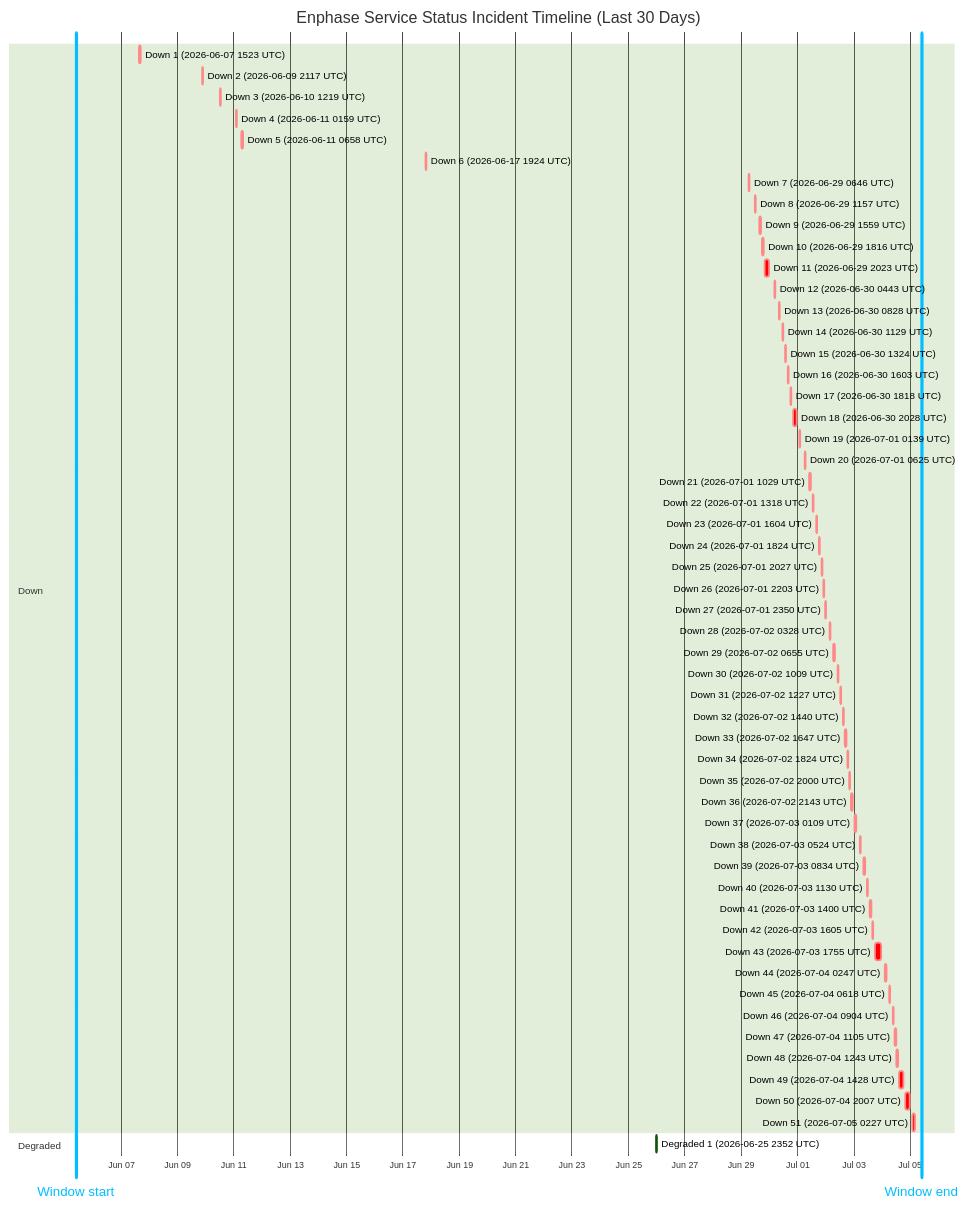
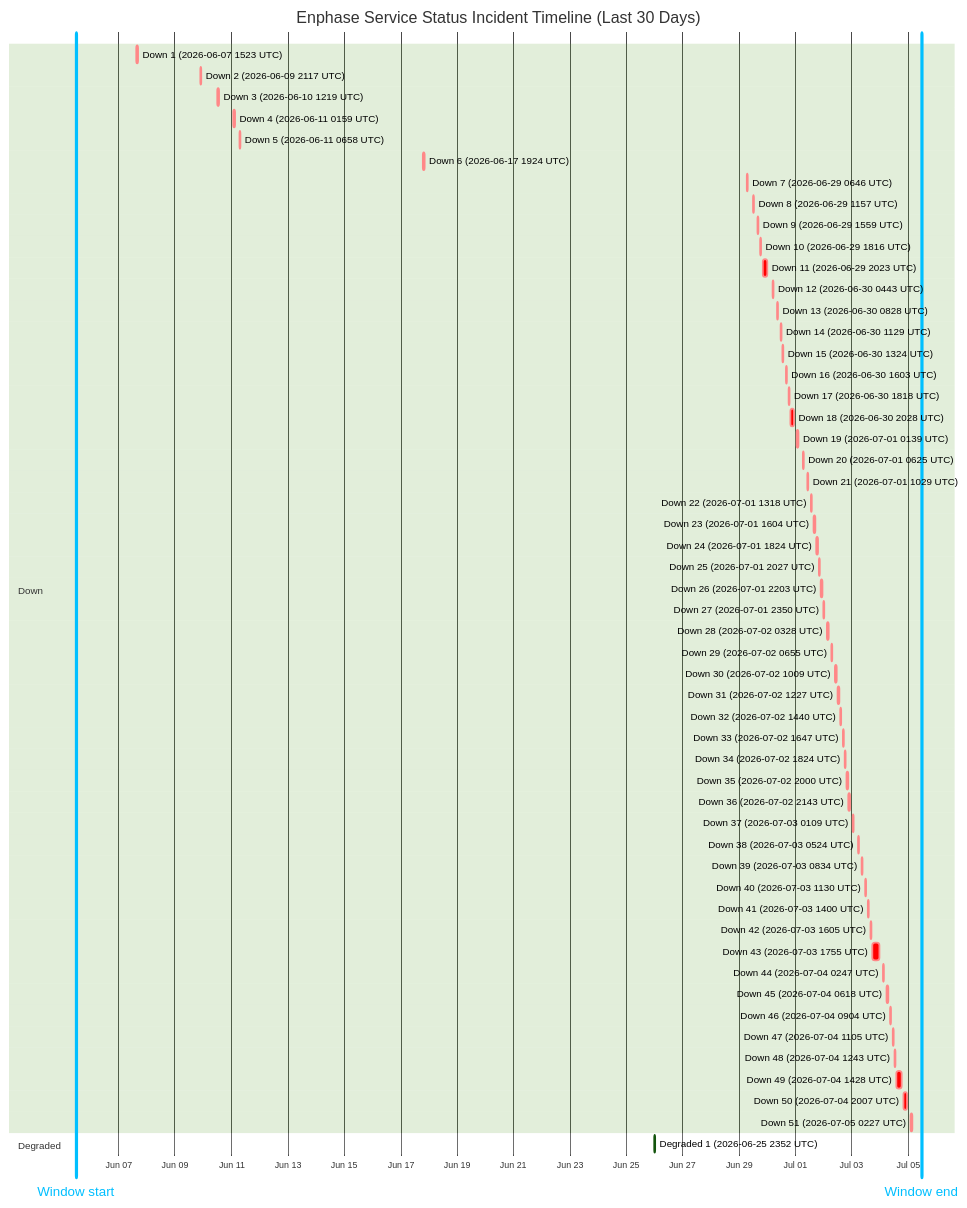
One commit to barneyonline/ha-enphase-energy changed the diagram in wiki/Service-Status-History.md. Above: the diagram before and after it, drawn with Mermaid (forest theme). The commit also changed other lines of this file and 3 other files, not shown here.

````diff
--- a/wiki/Service-Status-History.md
+++ b/wiki/Service-Status-History.md
@@ -14,62 +14,62 @@
 ```mermaid
 gantt
     title Enphase Service Status Incident Timeline (Last 30 Days)
     dateFormat  YYYY-MM-DDTHH:mm:ss
     axisFormat  %b %d
-    Window start :vert, window-start, 2026-06-05T09:41:12, 0ms
-    Window end :vert, window-end, 2026-07-05T09:41:12, 0ms
+    Window start :vert, window-start, 2026-06-05T11:30:55, 0ms
+    Window end :vert, window-end, 2026-07-05T11:30:55, 0ms
     section Down
     Down 1 (2026-06-07 1523 UTC) :crit, down-1, 2026-06-07T15:23:22, 87m
     Down 2 (2026-06-09 2117 UTC) :crit, down-2, 2026-06-09T21:17:17, 60m
     Down 3 (2026-06-10 1219 UTC) :crit, down-3, 2026-06-10T12:19:21, 60m
     Down 4 (2026-06-11 0159 UTC) :crit, down-4, 2026-06-11T01:59:36, 60m
     Down 5 (2026-06-11 0658 UTC) :crit, down-5, 2026-06-11T06:58:45, 60m
     Down 6 (2026-06-17 1924 UTC) :crit, down-6, 2026-06-17T19:24:51, 60m
     Down 7 (2026-06-29 0646 UTC) :crit, down-7, 2026-06-29T06:46:18, 60m
     Down 8 (2026-06-29 1157 UTC) :crit, down-8, 2026-06-29T11:57:36, 60m
     Down 9 (2026-06-29 1559 UTC) :crit, down-9, 2026-06-29T15:59:02, 60m
     Down 10 (2026-06-29 1816 UTC) :crit, down-10, 2026-06-29T18:16:38, 60m
     Down 11 (2026-06-29 2023 UTC) :crit, down-11, 2026-06-29T20:23:16, 220m
     Down 12 (2026-06-30 0443 UTC) :crit, down-12, 2026-06-30T04:43:54, 60m
     Down 13 (2026-06-30 0828 UTC) :crit, down-13, 2026-06-30T08:28:43, 60m
     Down 14 (2026-06-30 1129 UTC) :crit, down-14, 2026-06-30T11:29:15, 60m
     Down 15 (2026-06-30 1324 UTC) :crit, down-15, 2026-06-30T13:24:25, 60m
     Down 16 (2026-06-30 1603 UTC) :crit, down-16, 2026-06-30T16:03:26, 60m
     Down 17 (2026-06-30 1818 UTC) :crit, down-17, 2026-06-30T18:18:39, 60m
     Down 18 (2026-06-30 2028 UTC) :crit, down-18, 2026-06-30T20:28:54, 171m
     Down 19 (2026-07-01 0139 UTC) :crit, down-19, 2026-07-01T01:39:18, 60m
     Down 20 (2026-07-01 0625 UTC) :crit, down-20, 2026-07-01T06:25:35, 60m
     Down 21 (2026-07-01 1029 UTC) :crit, down-21, 2026-07-01T10:29:24, 60m
     Down 22 (2026-07-01 1318 UTC) :crit, down-22, 2026-07-01T13:18:31, 60m
     Down 23 (2026-07-01 1604 UTC) :crit, down-23, 2026-07-01T16:04:29, 60m
     Down 24 (2026-07-01 1824 UTC) :crit, down-24, 2026-07-01T18:24:21, 60m
     Down 25 (2026-07-01 2027 UTC) :crit, down-25, 2026-07-01T20:27:17, 60m
     Down 26 (2026-07-01 2203 UTC) :crit, down-26, 2026-07-01T22:03:46, 60m
     Down 27 (2026-07-01 2350 UTC) :crit, down-27, 2026-07-01T23:50:52, 60m
     Down 28 (2026-07-02 0328 UTC) :crit, down-28, 2026-07-02T03:28:33, 60m
     Down 29 (2026-07-02 0655 UTC) :crit, down-29, 2026-07-02T06:55:07, 60m
     Down 30 (2026-07-02 1009 UTC) :crit, down-30, 2026-07-02T10:09:15, 60m
     Down 31 (2026-07-02 1227 UTC) :crit, down-31, 2026-07-02T12:27:49, 60m
     Down 32 (2026-07-02 1440 UTC) :crit, down-32, 2026-07-02T14:40:53, 60m
     Down 33 (2026-07-02 1647 UTC) :crit, down-33, 2026-07-02T16:47:47, 60m
     Down 34 (2026-07-02 1824 UTC) :crit, down-34, 2026-07-02T18:24:26, 60m
     Down 35 (2026-07-02 2000 UTC) :crit, down-35, 2026-07-02T20:00:57, 60m
     Down 36 (2026-07-02 2143 UTC) :crit, down-36, 2026-07-02T21:43:52, 80m
     Down 37 (2026-07-03 0109 UTC) :crit, down-37, 2026-07-03T01:09:19, 60m
     Down 38 (2026-07-03 0524 UTC) :crit, down-38, 2026-07-03T05:24:23, 60m
     Down 39 (2026-07-03 0834 UTC) :crit, down-39, 2026-07-03T08:34:05, 60m
     Down 40 (2026-07-03 1130 UTC) :crit, down-40, 2026-07-03T11:30:41, 60m
     Down 41 (2026-07-03 1400 UTC) :crit, down-41, 2026-07-03T14:00:48, 60m
     Down 42 (2026-07-03 1605 UTC) :crit, down-42, 2026-07-03T16:05:49, 60m
     Down 43 (2026-07-03 1755 UTC) :crit, down-43, 2026-07-03T17:55:54, 338m
     Down 44 (2026-07-04 0247 UTC) :crit, down-44, 2026-07-04T02:47:22, 60m
     Down 45 (2026-07-04 0618 UTC) :crit, down-45, 2026-07-04T06:18:09, 60m
     Down 46 (2026-07-04 0904 UTC) :crit, down-46, 2026-07-04T09:04:41, 60m
     Down 47 (2026-07-04 1105 UTC) :crit, down-47, 2026-07-04T11:05:21, 60m
     Down 48 (2026-07-04 1243 UTC) :crit, down-48, 2026-07-04T12:43:25, 60m
     Down 49 (2026-07-04 1428 UTC) :crit, down-49, 2026-07-04T14:28:07, 243m
     Down 50 (2026-07-04 2007 UTC) :crit, down-50, 2026-07-04T20:07:50, 206m
     Down 51 (2026-07-05 0227 UTC) :crit, down-51, 2026-07-05T02:27:32, 109m
     section Degraded
     Degraded 1 (2026-06-25 2352 UTC) :active, degraded-1, 2026-06-25T23:52:01, 60m
 ```
````
